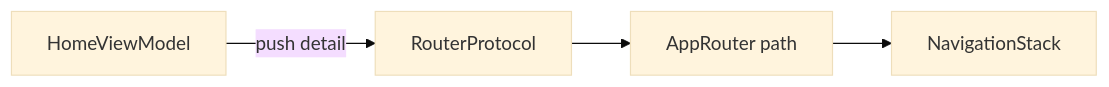
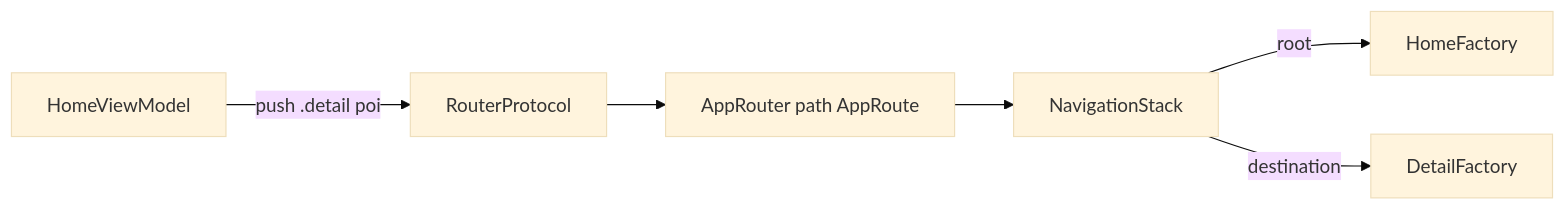
The diagram in Documentation/Content/en/architecture/navigation.md (luizmellodev/Blueprint), drawn with Mermaid (base theme) before and after one commit. The commit also changed 32 other files, not shown here.

````diff
--- a/Documentation/Content/en/architecture/navigation.md
+++ b/Documentation/Content/en/architecture/navigation.md
@@ -50,8 +50,15 @@
 ```mermaid
 flowchart LR
   VM[HomeViewModel]
   R[RouterProtocol]
-  AR[AppRouter path]
+  AR[AppRouter path AppRoute]
   NS[NavigationStack]
-  VM -->|push detail| R --> AR --> NS
+  HF[HomeFactory]
+  DF[DetailFactory]
+
+  VM -->|push .detail poi| R
+  R --> AR
+  AR --> NS
+  NS -->|root| HF
+  NS -->|destination| DF
 ```
````
